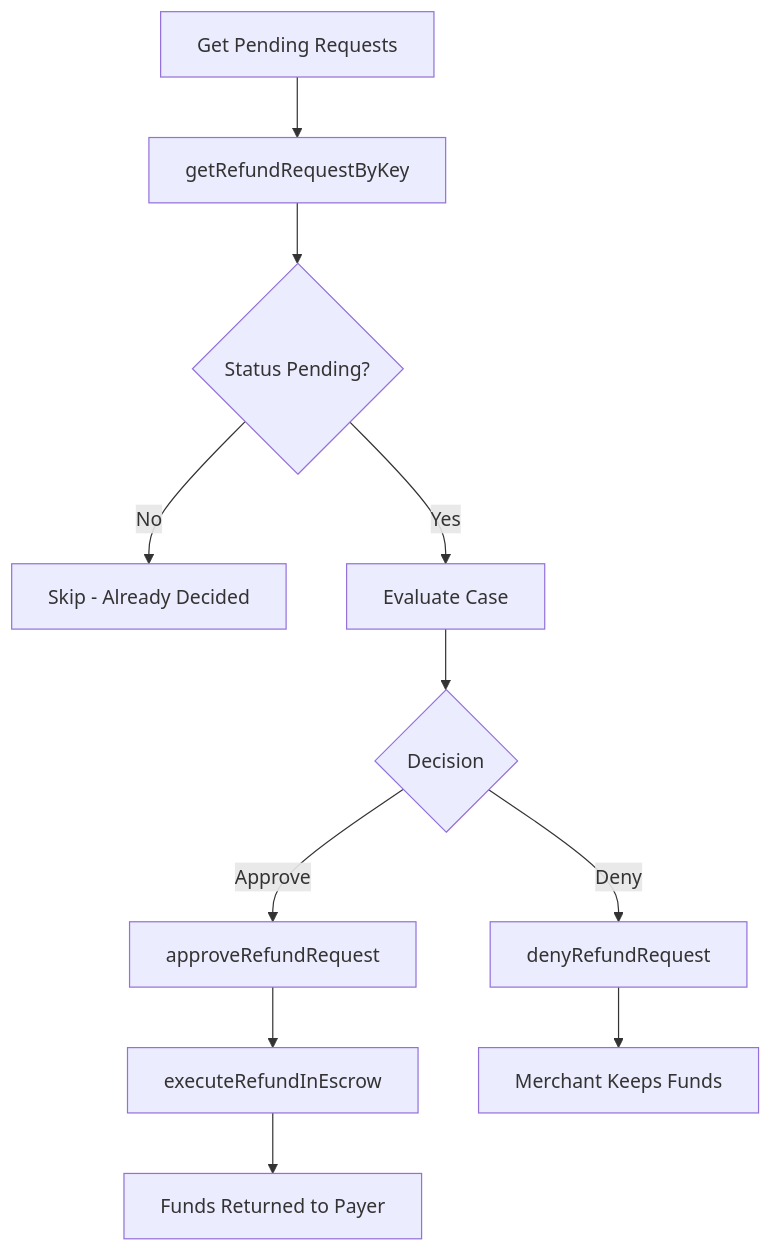
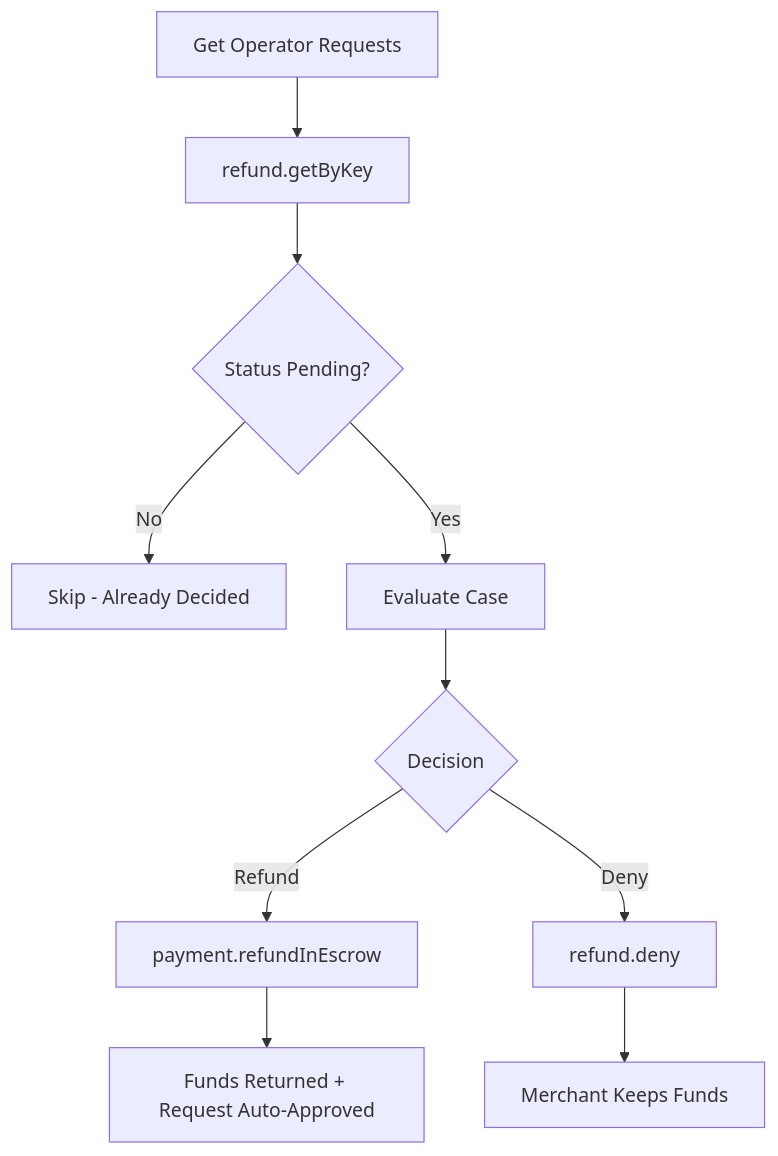
The diagram in sdk/arbiter/decision-submission.mdx (BackTrackCo/docs), drawn with Mermaid before and after one commit. The commit also changed other lines of this file and 20 other files, not shown here.

````diff
--- a/sdk/arbiter/decision-submission.mdx
+++ b/sdk/arbiter/decision-submission.mdx
@@ -225,13 +190,12 @@
 ```mermaid
 flowchart TD
-    A[Get Pending Requests] --> B[getRefundRequestByKey]
+    A[Get Operator Requests] --> B[refund.getByKey]
     B --> C{Status Pending?}
     C -->|No| D[Skip - Already Decided]
     C -->|Yes| E[Evaluate Case]
     E --> F{Decision}
-    F -->|Approve| G[approveRefundRequest]
-    F -->|Deny| H[denyRefundRequest]
-    G --> I[executeRefundInEscrow]
-    I --> J[Funds Returned to Payer]
+    F -->|Refund| G[payment.refundInEscrow]
+    F -->|Deny| H[refund.deny]
+    G --> I[Funds Returned + Request Auto-Approved]
     H --> K[Merchant Keeps Funds]
 ```
````
